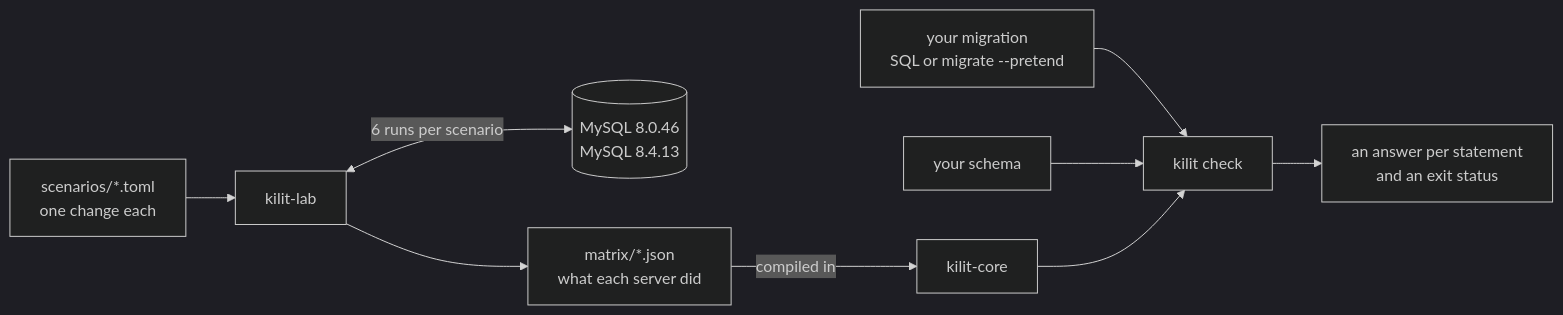
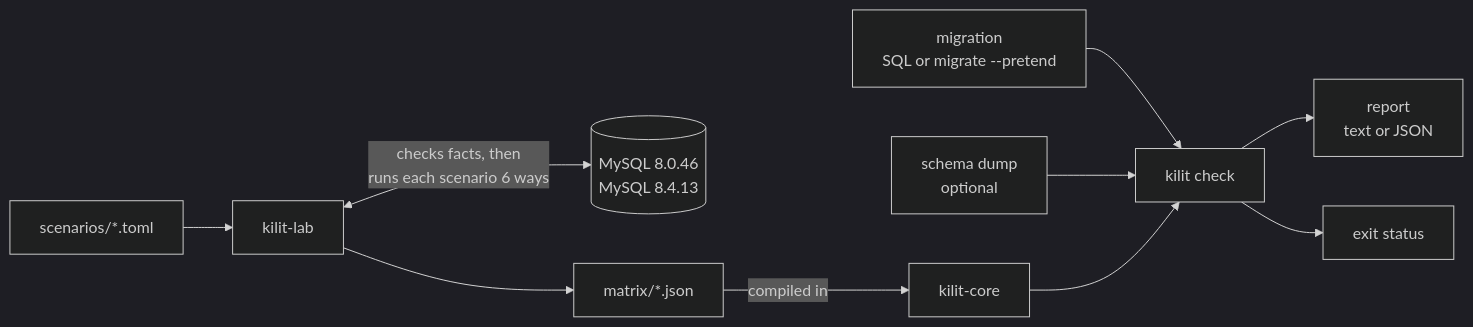
Before and after one commit to Veysel440/kilit: the first of 3 diagrams in README.md, drawn with Mermaid (dark theme). The commit also changed other lines of this file and 7 other files, not shown here.

````diff
--- a/README.md
+++ b/README.md
@@ -544,11 +125,12 @@
 ```mermaid
 flowchart LR
-    scenarios["scenarios/*.toml<br/>one change each"] --> lab["kilit-lab"]
-    lab <-->|"6 runs per scenario"| servers[("MySQL 8.0.46<br/>MySQL 8.4.13")]
-    lab --> matrix["matrix/*.json<br/>what each server did"]
+    scenarios["scenarios/*.toml"] --> lab["kilit-lab"]
+    lab <-->|"checks facts, then<br/>runs each scenario 6 ways"| servers[("MySQL 8.0.46<br/>MySQL 8.4.13")]
+    lab --> matrix["matrix/*.json"]
     matrix -->|"compiled in"| core["kilit-core"]
-    migration["your migration<br/>SQL or migrate --pretend"] --> cli["kilit check"]
-    schema["your schema"] --> cli
-    core --> cli
-    cli --> answers["an answer per statement<br/>and an exit status"]
+    migration["migration<br/>SQL or migrate --pretend"] --> check["kilit check"]
+    schema["schema dump<br/>optional"] --> check
+    core --> check
+    check --> report["report<br/>text or JSON"]
+    check --> status["exit status"]
 ```
````
